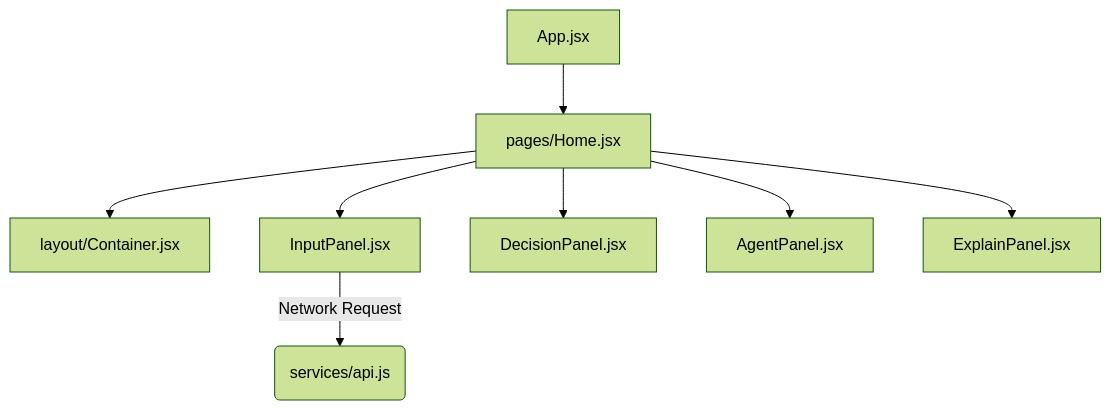
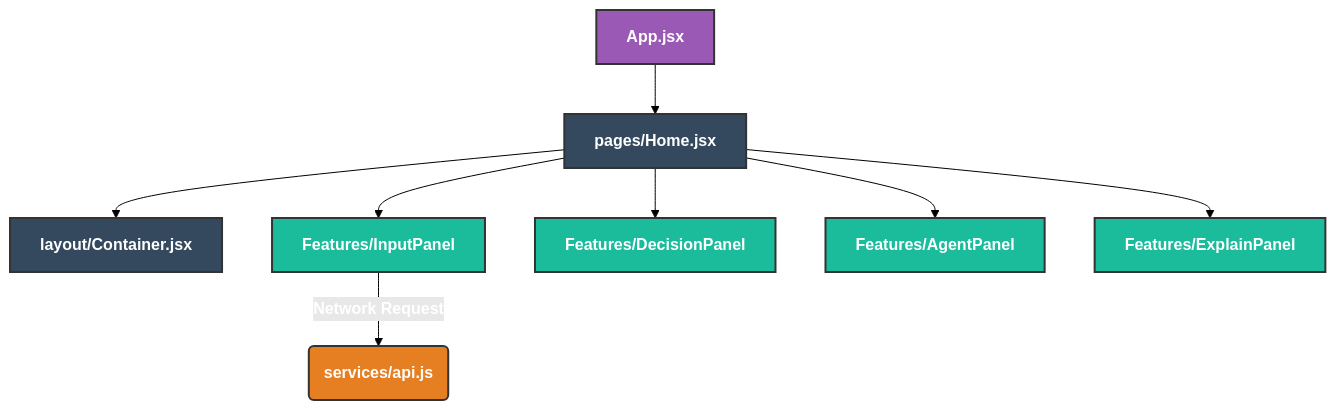
The second of 2 diagrams in README.md (jenish102002/FinAgent-AI-Multi-Agent-Financial-Intelligence-System), drawn with Mermaid (forest theme) before and after one commit. The commit also changed other lines of this file, not shown here.

Commit message:
docs: align README with resume descriptions and add vibrant Mermaid colors

````diff
--- a/README.md
+++ b/README.md
@@ -61,12 +67,18 @@
 ```mermaid
 graph TD
-    App[App.jsx] --> Home[pages/Home.jsx]
-    Home --> Container[layout/Container.jsx]
+    %% Node Styling Definitions
+    classDef root fill:#9b59b6,stroke:#333,stroke-width:2px,color:#fff,font-weight:bold;
+    classDef layout fill:#34495e,stroke:#333,stroke-width:2px,color:#fff,font-weight:bold;
+    classDef components fill:#1abc9c,stroke:#333,stroke-width:2px,color:#fff,font-weight:bold;
+    classDef network fill:#e67e22,stroke:#333,stroke-width:2px,color:#fff,font-weight:bold;
+
+    App[App.jsx]:::root --> Home[pages/Home.jsx]:::layout
+    Home --> Container[layout/Container.jsx]:::layout
     
-    Home --> Input[InputPanel.jsx]
-    Home --> Decision[DecisionPanel.jsx]
-    Home --> Agents[AgentPanel.jsx]
-    Home --> Explain[ExplainPanel.jsx]
+    Home --> Input[Features/InputPanel]:::components
+    Home --> Decision[Features/DecisionPanel]:::components
+    Home --> Agents[Features/AgentPanel]:::components
+    Home --> Explain[Features/ExplainPanel]:::components
     
-    Input -->|Network Request| API(services/api.js)
+    Input -->|Network Request| API(services/api.js):::network
 ```
````
